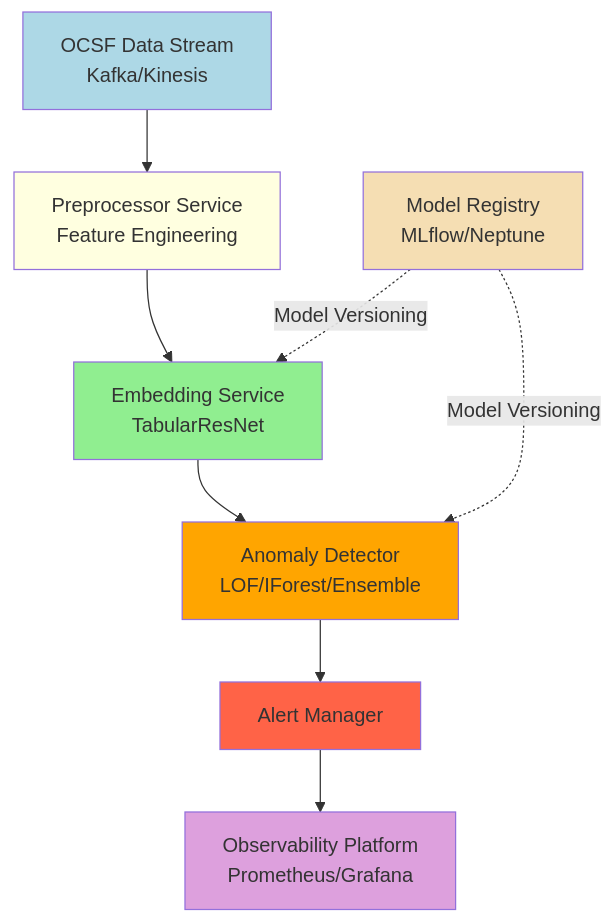
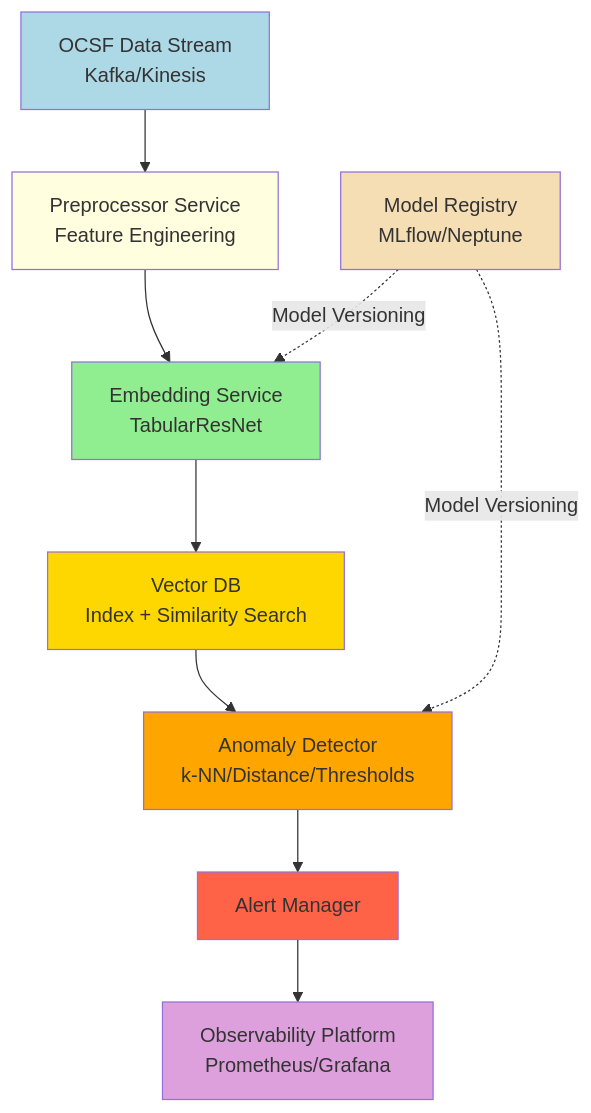
One commit to snowch/snowch.github.io changed the diagram in ai-eng/embedding-anomaly-detection/part6-production-deployment.md. Above: the diagram before and after it, drawn with Mermaid. The commit also changed other lines of this file and 2 other files, not shown here.

Commit message:
Clarify vector DB scaling and near real-time flow

````diff
--- a/ai-eng/embedding-anomaly-detection/part6-production-deployment.md
+++ b/ai-eng/embedding-anomaly-detection/part6-production-deployment.md
@@ -22,19 +22,21 @@
 ```{mermaid}
 graph TB
     OCSF[OCSF Data Stream<br/>Kafka/Kinesis] --> Preprocessor[Preprocessor Service<br/>Feature Engineering]
     Preprocessor --> Embedding[Embedding Service<br/>TabularResNet]
-    Embedding --> Detector[Anomaly Detector<br/>LOF/IForest/Ensemble]
+    Embedding --> VectorDB[Vector DB<br/>Index + Similarity Search]
+    VectorDB --> Detector[Anomaly Detector<br/>k-NN/Distance/Thresholds]
     Detector --> AlertManager[Alert Manager]
     AlertManager --> Observability[Observability Platform<br/>Prometheus/Grafana]
 
     ModelRegistry[Model Registry<br/>MLflow/Neptune] -.Model Versioning.-> Embedding
     ModelRegistry -.Model Versioning.-> Detector
 
     style OCSF fill:#ADD8E6
     style Preprocessor fill:#FFFFE0
     style Embedding fill:#90EE90
+    style VectorDB fill:#FFD700
     style Detector fill:#FFA500
     style AlertManager fill:#FF6347
     style Observability fill:#DDA0DD
     style ModelRegistry fill:#F5DEB3
 ```
````
